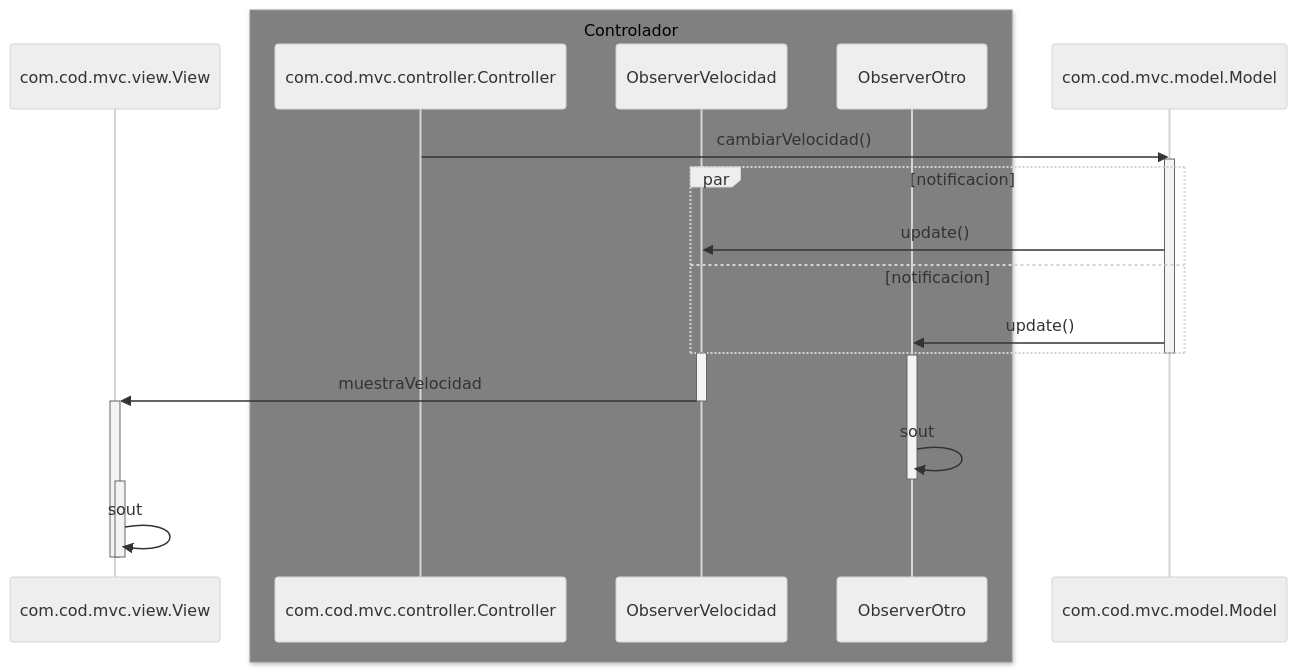
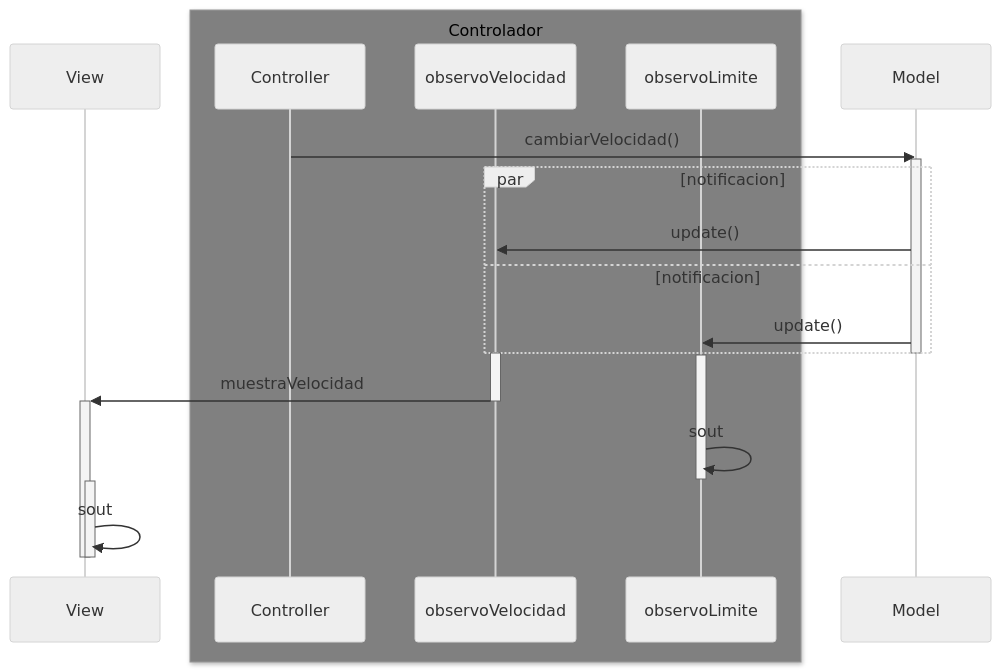
One commit to ilopezbrion/MVC_coches_observer changed the fourth of 4 diagrams in Readme.md. Above: the diagram before and after it, drawn with Mermaid (neutral theme). The commit also changed other lines of this file, not shown here.

````diff
--- a/Readme.md
+++ b/Readme.md
@@ -102,27 +103,27 @@
 ```mermaid
 sequenceDiagram
-    participant com.cod.mvc.view.View
+    participant View
     box gray Controlador
-    participant com.cod.mvc.controller.Controller
-    participant ObserverVelocidad
-    participant ObserverOtro
+    participant Controller
+    participant observoVelocidad
+    participant observoLimite
     end
-    participant com.cod.mvc.model.Model
+    participant Model
 
-    com.cod.mvc.controller.Controller->>com.cod.mvc.model.Model: cambiarVelocidad()
-    activate com.cod.mvc.model.Model
+    Controller->>Model: cambiarVelocidad()
+    activate Model
     par notificacion
-        com.cod.mvc.model.Model->>ObserverVelocidad: update()
+        Model->>observoVelocidad: update()
     and notificacion
-        com.cod.mvc.model.Model->>ObserverOtro: update()
+        Model->>observoLimite: update()
         end
-    deactivate com.cod.mvc.model.Model
-    activate ObserverVelocidad
-    activate ObserverOtro
-    ObserverVelocidad->>+com.cod.mvc.view.View: muestraVelocidad
-    deactivate ObserverVelocidad
-    ObserverOtro->>-ObserverOtro: sout
-    activate com.cod.mvc.view.View
-    com.cod.mvc.view.View->>-com.cod.mvc.view.View: sout
-    deactivate com.cod.mvc.view.View
+    deactivate Model
+    activate observoVelocidad
+    activate observoLimite
+    observoVelocidad->>+View: muestraVelocidad
+    deactivate observoVelocidad
+    observoLimite->>-observoLimite: sout
+    activate View
+    View->>-View: sout
+    deactivate View
 ```
````
